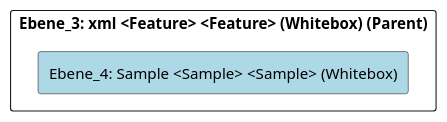
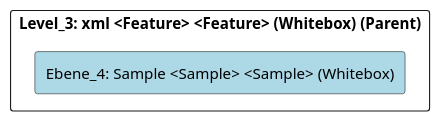
One commit to marcozwyssig/cleon changed the diagram in doc/cleonproject_deliverables_architecture_model_architecture/adoc/de/05_bausteinsicht/cleon/common/xml/sample/ebene_4_sample.adoc. Above: the diagram before and after it, drawn with PlantUML. The commit also changed other lines of this file and 169 other files, not shown here.

```diff
--- a/doc/cleonproject_deliverables_architecture_model_architecture/adoc/de/05_bausteinsicht/cleon/common/xml/sample/ebene_4_sample.adoc
+++ b/doc/cleonproject_deliverables_architecture_model_architecture/adoc/de/05_bausteinsicht/cleon/common/xml/sample/ebene_4_sample.adoc
@@ -20,24 +20,24 @@
 [plantuml, Ebene_4: Sample <Sample> <Sample> (Whitebox)BlockOverview, format="svg"]
 ----
 @startuml Ebene_4: Sample <Sample> <Sample> (Whitebox)BuildingBlockOverview
 
 skinparam ranksep 10
 skinparam componentStyle rectangle
 skinparam shadowing false
 skinparam arrowColor lightblue
 skinparam arrowThickness 1.2
 skinparam rectangle {
   BackgroundColor White
   BorderColor #333
   RoundCorner 10
 }
 top to bottom direction
 
-component "Ebene_3: xml <Feature> <Feature> (Whitebox) (Parent)" {
+component "Level_3: xml <Feature> <Feature> (Whitebox) (Parent)" {
     component "Ebene_4: Sample <Sample> <Sample> (Whitebox)" #lightblue {
     }
 
 }
 
 @enduml
 ----
```
